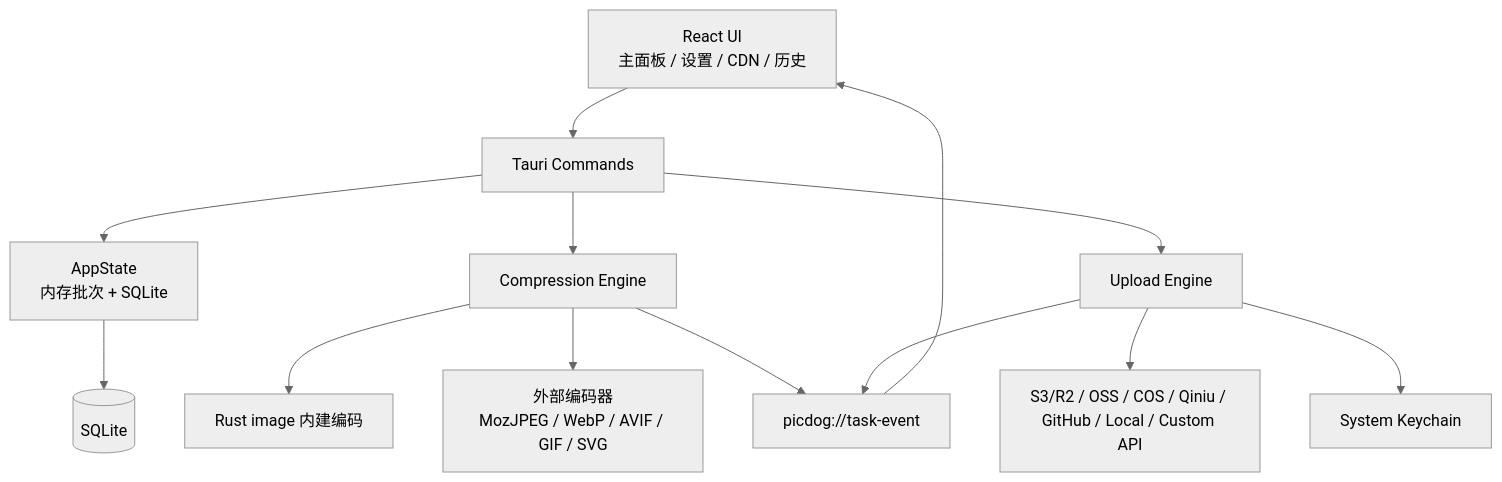
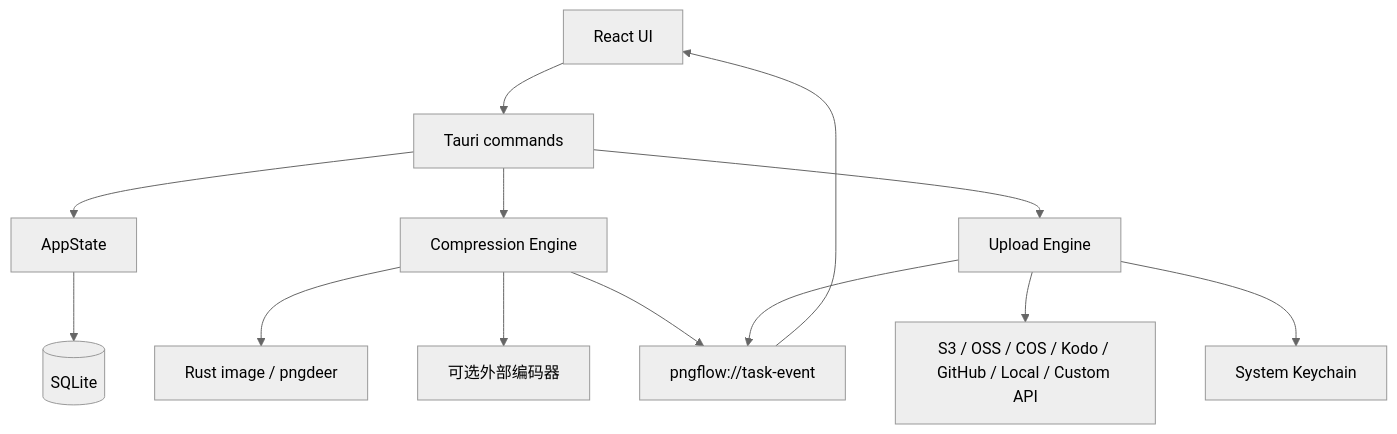
One commit to moxiaonai/pngflow changed the second of 2 diagrams in README.md. Above: the diagram before and after it, drawn with Mermaid (neutral theme). The commit also changed other lines of this file and 9 other files, not shown here.

````diff
--- a/README.md
+++ b/README.md
@@ -113,15 +160,15 @@
-~~~mermaid
+```mermaid
 flowchart TB
-  UI[React UI<br/>主面板 / 设置 / CDN / 历史] --> Commands[Tauri Commands]
-  Commands --> State[AppState<br/>内存批次 + SQLite]
-  State --> DB[(SQLite)]
+  UI[React UI] --> Commands[Tauri commands]
+  Commands --> State[AppState]
+  State --> SQLite[(SQLite)]
   Commands --> Compression[Compression Engine]
-  Compression --> Builtin[Rust image 内建编码]
-  Compression --> NativeTools[外部编码器<br/>MozJPEG / WebP / AVIF / GIF / SVG]
+  Compression --> Builtin[Rust image / pngdeer]
+  Compression --> External[可选外部编码器]
   Commands --> Upload[Upload Engine]
-  Upload --> Providers[S3/R2 / OSS / COS / Qiniu / GitHub / Local / Custom API]
+  Upload --> Providers[S3 / OSS / COS / Kodo / GitHub / Local / Custom API]
   Upload --> Keychain[System Keychain]
-  Compression --> Events[picdog://task-event]
+  Compression --> Events[pngflow://task-event]
   Upload --> Events
   Events --> UI
-~~~
+```
````
